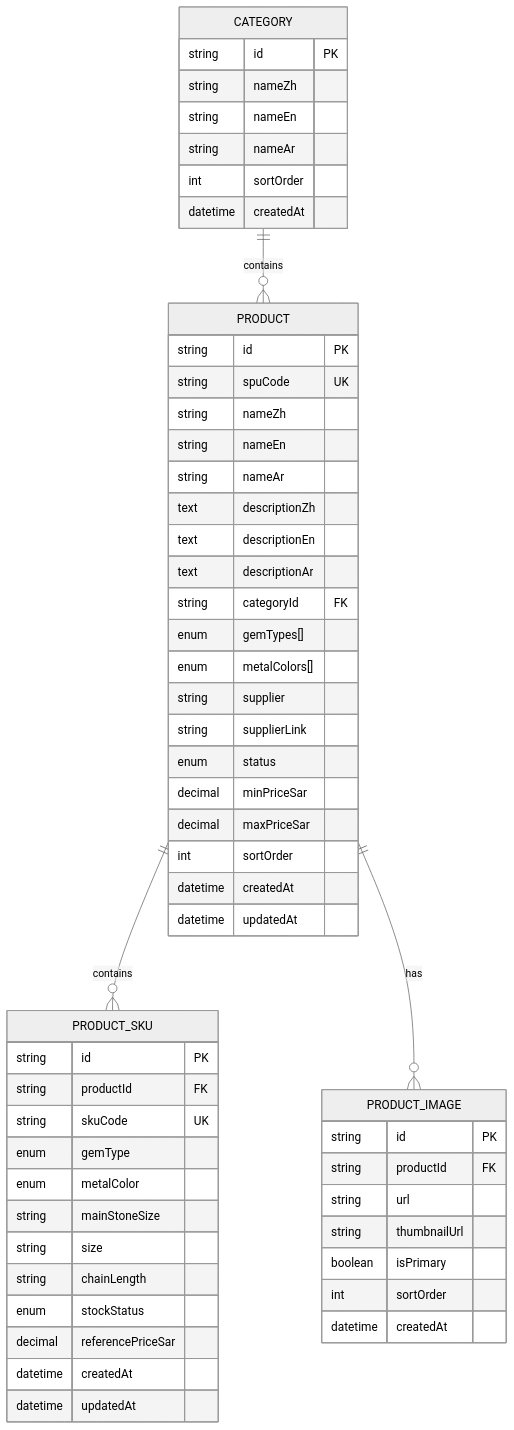
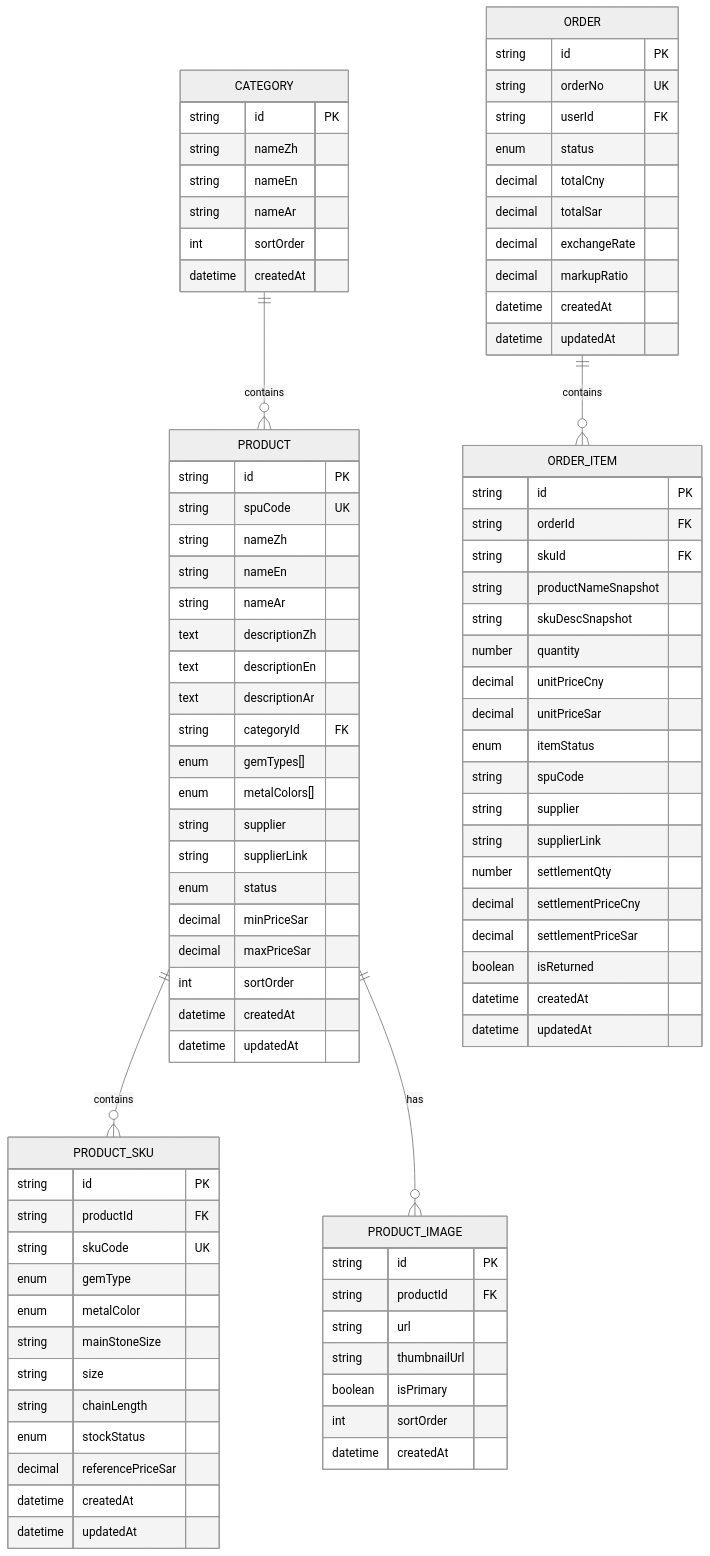
One commit to three3638-arch/celestia_2b changed the sixth of 14 diagrams in .qoder/repowiki/zh/content/Excel Import System.md. Above: the diagram before and after it, drawn with Mermaid (neutral theme). The commit also changed other lines of this file and 4 other files, not shown here.

````diff
--- a/.qoder/repowiki/zh/content/Excel Import System.md
+++ b/.qoder/repowiki/zh/content/Excel Import System.md
@@ -328,6 +360,38 @@
 int sortOrder
 datetime createdAt
 }
+ORDER {
+string id PK
+string orderNo UK
+string userId FK
+enum status
+decimal totalCny
+decimal totalSar
+decimal exchangeRate
+decimal markupRatio
+datetime createdAt
+datetime updatedAt
+}
+ORDER_ITEM {
+string id PK
+string orderId FK
+string skuId FK
+string productNameSnapshot
+string skuDescSnapshot
+number quantity
+decimal unitPriceCny
+decimal unitPriceSar
+enum itemStatus
+string spuCode
+string supplier
+string supplierLink
+number settlementQty
+decimal settlementPriceCny
+decimal settlementPriceSar
+boolean isReturned
+datetime createdAt
+datetime updatedAt
+}
 CATEGORY {
 string id PK
 string nameZh
@@ -339,4 +403,5 @@
 PRODUCT ||--o{ PRODUCT_SKU : contains
 PRODUCT ||--o{ PRODUCT_IMAGE : has
 CATEGORY ||--o{ PRODUCT : contains
+ORDER ||--o{ ORDER_ITEM : contains
 ```
````
